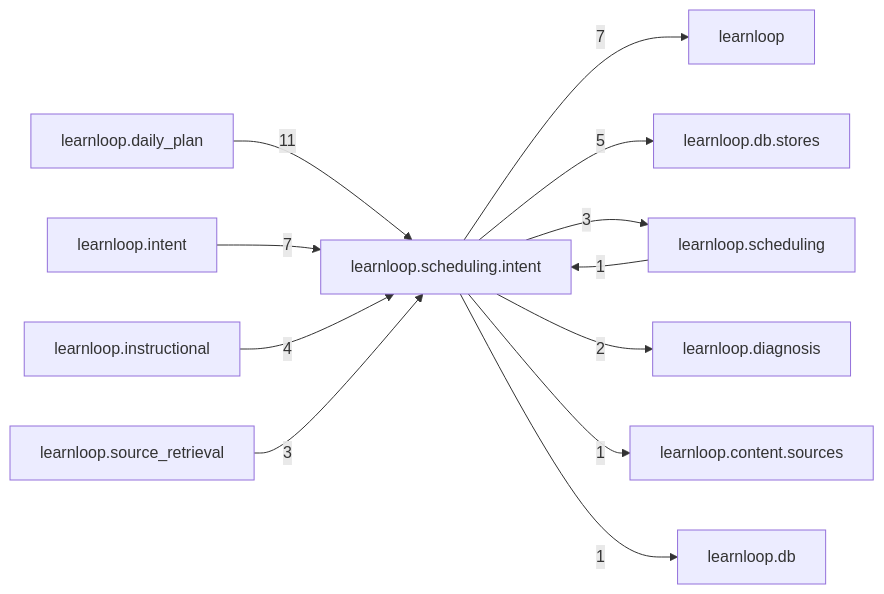
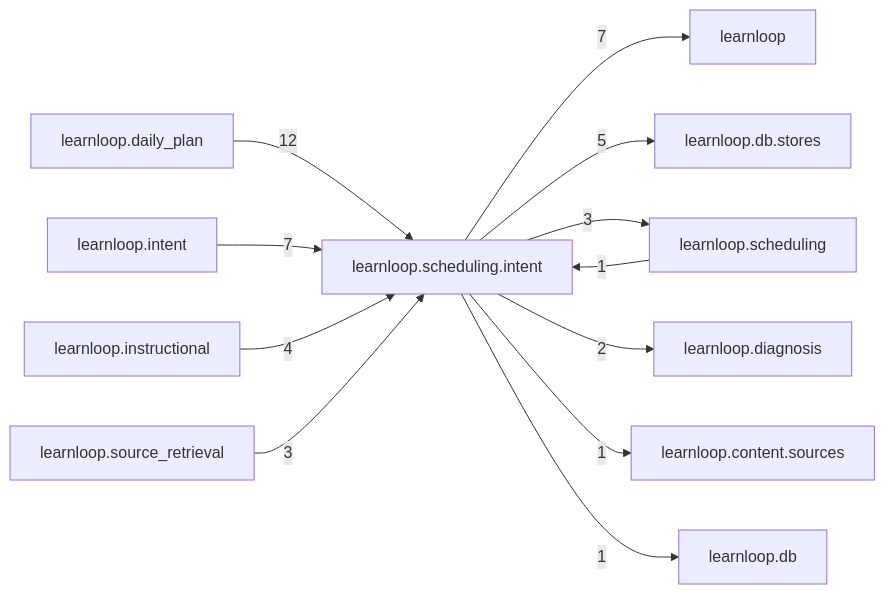
Before and after one commit to 6up-b/learnanything: the diagram in docs/learnloop-architecture-vault/Reference/Modules/learnloop/scheduling/intent/_package.md, drawn with Mermaid. The commit also changed other lines of this file and 62 other files, not shown here.

````diff
--- a/docs/learnloop-architecture-vault/Reference/Modules/learnloop/scheduling/intent/_package.md
+++ b/docs/learnloop-architecture-vault/Reference/Modules/learnloop/scheduling/intent/_package.md
@@ -84,25 +84,25 @@
 ```mermaid
 flowchart LR
     center["learnloop.scheduling.intent"]
     n_learnloop_daily_plan["learnloop.daily_plan"]
     n_learnloop["learnloop"]
     n_learnloop_intent["learnloop.intent"]
     n_learnloop_db_stores["learnloop.db.stores"]
     n_learnloop_instructional["learnloop.instructional"]
     n_learnloop_scheduling["learnloop.scheduling"]
     n_learnloop_source_retrieval["learnloop.source_retrieval"]
     n_learnloop_diagnosis["learnloop.diagnosis"]
     n_learnloop_content_sources["learnloop.content.sources"]
     n_learnloop_db["learnloop.db"]
-    n_learnloop_daily_plan -->|11| center
+    n_learnloop_daily_plan -->|12| center
     center -->|7| n_learnloop
     n_learnloop_intent -->|7| center
     center -->|5| n_learnloop_db_stores
     n_learnloop_instructional -->|4| center
     n_learnloop_scheduling -->|1| center
     center -->|3| n_learnloop_scheduling
     n_learnloop_source_retrieval -->|3| center
     center -->|2| n_learnloop_diagnosis
     center -->|1| n_learnloop_content_sources
     center -->|1| n_learnloop_db
 ```
````
